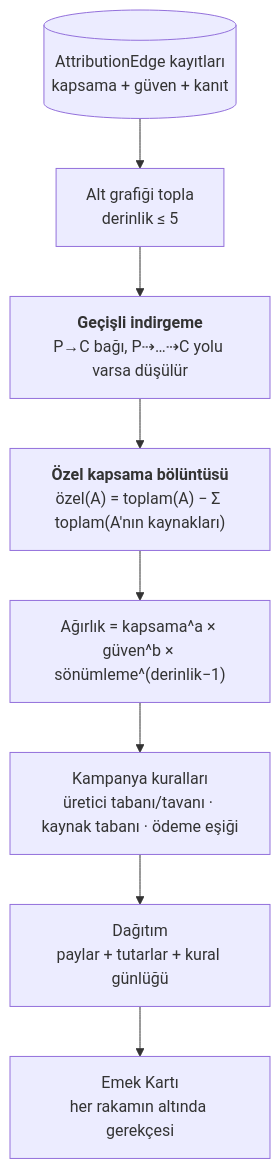
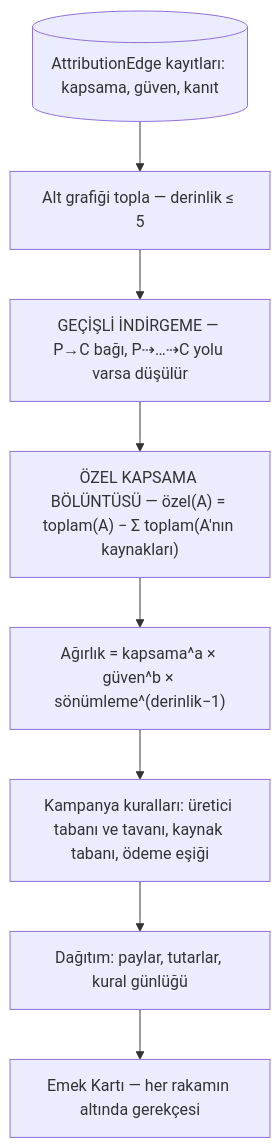
Before and after one commit to hamzabdk36-cyber/N-Emek: the fifth of 8 diagrams in docs/MIMARI.md, drawn with Mermaid. The commit also changed other lines of this file, not shown here.

````diff
--- a/docs/MIMARI.md
+++ b/docs/MIMARI.md
@@ -137,13 +137,13 @@
 ```mermaid
 flowchart TB
-    edges[("AttributionEdge kayıtları<br/>kapsama + güven + kanıt")]
-    alt["Alt grafiği topla<br/>derinlik ≤ 5"]
-    ind["<b>Geçişli indirgeme</b><br/>P→C bağı, P⇢…⇢C yolu varsa düşülür"]
-    ozel["<b>Özel kapsama bölüntüsü</b><br/>özel(A) = toplam(A) − Σ toplam(A'nın kaynakları)"]
+    edges[("AttributionEdge kayıtları: kapsama, güven, kanıt")]
+    alt["Alt grafiği topla — derinlik ≤ 5"]
+    ind["GEÇİŞLİ İNDİRGEME — P→C bağı, P⇢…⇢C yolu varsa düşülür"]
+    ozel["ÖZEL KAPSAMA BÖLÜNTÜSÜ — özel(A) = toplam(A) − Σ toplam(A'nın kaynakları)"]
     formul["Ağırlık = kapsama^a × güven^b × sönümleme^(derinlik−1)"]
-    kural["Kampanya kuralları<br/>üretici tabanı/tavanı · kaynak tabanı · ödeme eşiği"]
-    dagitim["Dağıtım<br/>paylar + tutarlar + kural günlüğü"]
-    kart["Emek Kartı<br/>her rakamın altında gerekçesi"]
+    kural["Kampanya kuralları: üretici tabanı ve tavanı, kaynak tabanı, ödeme eşiği"]
+    dagitim["Dağıtım: paylar, tutarlar, kural günlüğü"]
+    kart["Emek Kartı — her rakamın altında gerekçesi"]
 
     edges --> alt --> ind --> ozel --> formul --> kural --> dagitim --> kart
 ```
````
